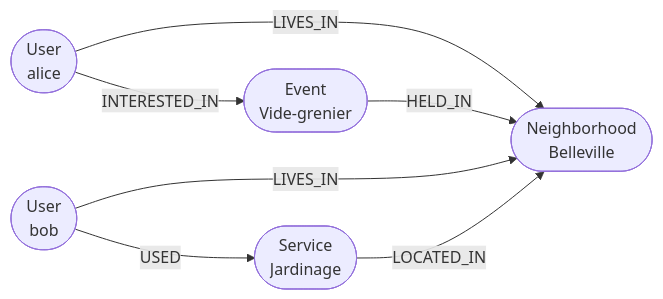
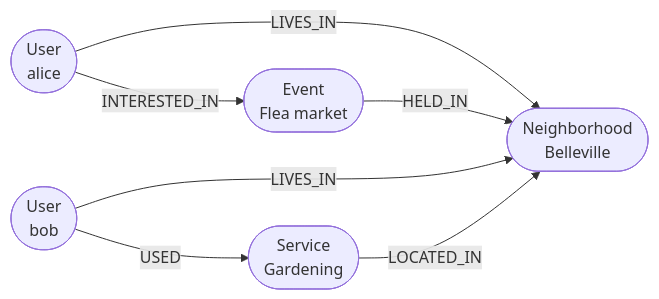
One commit to creibaud/QuartierConnect changed the ninth of 13 diagrams in docs/RAPPORT-TECHNIQUE.md. Above: the diagram before and after it, drawn with Mermaid. The commit also changed other lines of this file and 155 other files, not shown here.

````diff
--- a/docs/RAPPORT-TECHNIQUE.md
+++ b/docs/RAPPORT-TECHNIQUE.md
@@ -565,15 +565,15 @@
 ```mermaid
 graph LR
     U1(["User<br/>alice"])
     U2(["User<br/>bob"])
     N1(["Neighborhood<br/>Belleville"])
-    S1(["Service<br/>Jardinage"])
-    E1(["Event<br/>Vide-grenier"])
+    S1(["Service<br/>Gardening"])
+    E1(["Event<br/>Flea market"])
 
     U1 -->|LIVES_IN| N1
     U2 -->|LIVES_IN| N1
     S1 -->|LOCATED_IN| N1
     E1 -->|HELD_IN| N1
     U1 -->|INTERESTED_IN| E1
     U2 -->|USED| S1
 ```
````
